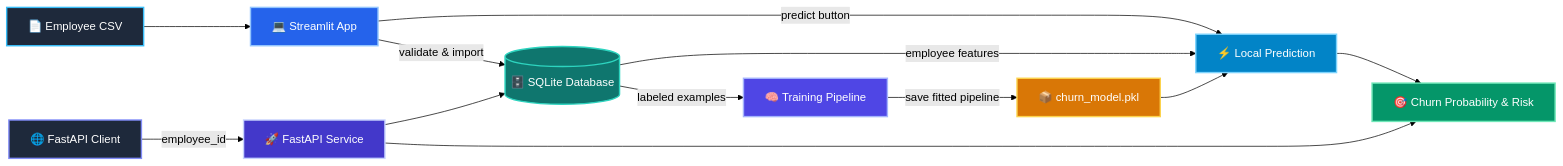
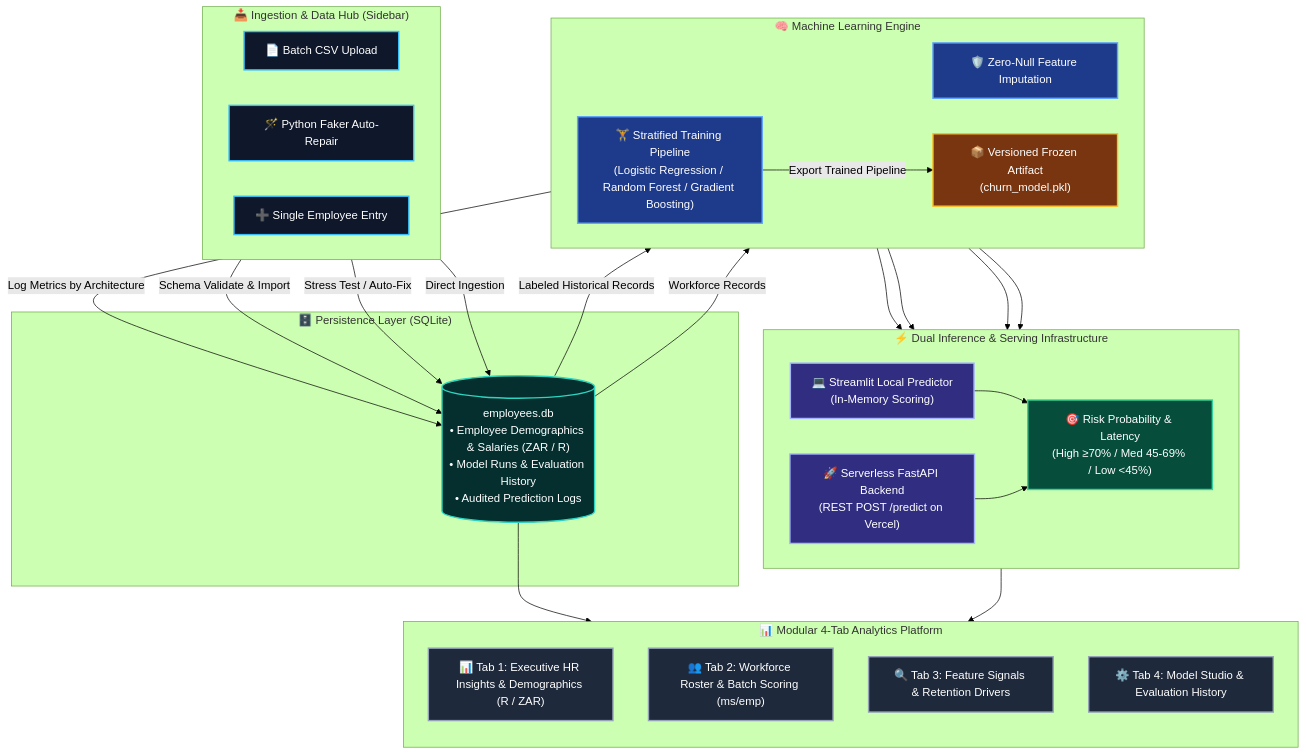
Before and after one commit to Shotza247/Employee_Full-Stack_Churn_ML: the first of 7 diagrams in README.md, drawn with Mermaid (forest theme). The commit also changed other lines of this file and 1 other file, not shown here.

Commit message:
Updated implementation documentation and used IBM Bob to help with creating the architecture diagrams since it couples well with mermaid diagram creatio.

````diff
--- a/README.md
+++ b/README.md
@@ -9,34 +11,71 @@
 ```mermaid
-flowchart LR
-    CSV["📄 Employee CSV"] --> UI["💻 Streamlit App"]
-    UI -->|"validate & import"| DB[("🗄️ SQLite Database")]
-    DB -->|"labeled examples"| TRAIN["🧠 Training Pipeline"]
-    TRAIN -->|"save fitted pipeline"| MODEL["📦 churn_model.pkl"]
-    UI -->|"predict button"| PREDICT["⚡ Local Prediction"]
-    API["🌐 FastAPI Client"] -->|"employee_id"| SERVICE["🚀 FastAPI Service"]
-    SERVICE --> DB
-    DB -->|"employee features"| PREDICT
-    MODEL --> PREDICT
-    PREDICT --> RESULT["🎯 Churn Probability & Risk"]
-    SERVICE --> RESULT
+flowchart TB
+    subgraph INGEST ["📥 Ingestion & Data Hub (Sidebar)"]
+        direction LR
+        CSV["📄 Batch CSV Upload"]
+        FAKER["🪄 Python Faker Auto-Repair"]
+        MANUAL["➕ Single Employee Entry"]
+    end
 
-    classDef csvNode fill:#1E293B,stroke:#38BDF8,stroke-width:2px,color:#ffffff;
-    classDef uiNode fill:#2563EB,stroke:#93C5FD,stroke-width:2px,color:#ffffff;
-    classDef dbNode fill:#0F766E,stroke:#2DD4BF,stroke-width:2px,color:#ffffff;
-    classDef trainNode fill:#4F46E5,stroke:#A5B4FC,stroke-width:2px,color:#ffffff;
-    classDef modelNode fill:#D97706,stroke:#FCD34D,stroke-width:2px,color:#ffffff;
-    classDef predictNode fill:#0284C7,stroke:#7DD3FC,stroke-width:2px,color:#ffffff;
-    classDef apiNode fill:#1E293B,stroke:#818CF8,stroke-width:2px,color:#ffffff;
-    classDef serviceNode fill:#4338CA,stroke:#C7D2FE,stroke-width:2px,color:#ffffff;
-    classDef resultNode fill:#059669,stroke:#6EE7B7,stroke-width:2px,color:#ffffff;
+    subgraph STORAGE ["🗄️ Persistence Layer (SQLite)"]
+        DB[("employees.db<br/>• Employee Demographics & Salaries (ZAR / R)<br/>• Model Runs & Evaluation History<br/>• Audited Prediction Logs")]
+    end
 
-    class CSV csvNode;
-    class UI uiNode;
+    subgraph ML_CORE ["🧠 Machine Learning Engine"]
+        direction LR
+        IMPUTE["🛡️ Zero-Null Feature Imputation"]
+        TRAIN["🏋️ Stratified Training Pipeline<br/>(Logistic Regression / Random Forest / Gradient Boosting)"]
+        MODEL["📦 Versioned Frozen Artifact<br/>(churn_model.pkl)"]
+    end
+
+    subgraph SERVING ["⚡ Dual Inference & Serving Infrastructure"]
+        direction LR
+        ST_PREDICT["💻 Streamlit Local Predictor<br/>(In-Memory Scoring)"]
+        FAST_API["🚀 Serverless FastAPI Backend<br/>(REST POST /predict on Vercel)"]
+        RESULT["🎯 Risk Probability & Latency<br/>(High ≥70% / Med 45-69% / Low <45%)"]
+    end
+
+    subgraph DASHBOARD ["📊 Modular 4-Tab Analytics Platform"]
+        direction TB
+        T1["📊 Tab 1: Executive HR Insights & Demographics (R / ZAR)"]
+        T2["👥 Tab 2: Workforce Roster & Batch Scoring (ms/emp)"]
+        T3["🔍 Tab 3: Feature Signals & Retention Drivers"]
+        T4["⚙️ Tab 4: Model Studio & Evaluation History"]
+    end
+
+    CSV -->|"Schema Validate & Import"| DB
+    FAKER -->|"Stress Test / Auto-Fix"| DB
+    MANUAL -->|"Direct Ingestion"| DB
+
+    DB -->|"Labeled Historical Records"| TRAIN
+    TRAIN -->|"Export Trained Pipeline"| MODEL
+    TRAIN -->|"Log Metrics by Architecture"| DB
+
+    DB -->|"Workforce Records"| IMPUTE
+    IMPUTE --> ST_PREDICT
+    IMPUTE --> FAST_API
+    MODEL --> ST_PREDICT
+    MODEL --> FAST_API
+
+    ST_PREDICT --> RESULT
+    FAST_API --> RESULT
+
+    RESULT --> DASHBOARD
+    DB --> DASHBOARD
+
+    classDef ingestNode fill:#0F172A,stroke:#38BDF8,stroke-width:2px,color:#ffffff;
+    classDef dbNode fill:#042F2E,stroke:#2DD4BF,stroke-width:2px,color:#ffffff;
+    classDef mlNode fill:#1E3A8A,stroke:#60A5FA,stroke-width:2px,color:#ffffff;
+    classDef modelNode fill:#78350F,stroke:#FBBF24,stroke-width:2px,color:#ffffff;
+    classDef serveNode fill:#312E81,stroke:#A5B4FC,stroke-width:2px,color:#ffffff;
+    classDef resultNode fill:#064E3B,stroke:#34D399,stroke-width:2px,color:#ffffff;
+    classDef tabNode fill:#1E293B,stroke:#94A3B8,stroke-width:2px,color:#ffffff;
+
+    class CSV,FAKER,MANUAL ingestNode;
     class DB dbNode;
-    class TRAIN trainNode;
+    class IMPUTE,TRAIN mlNode;
     class MODEL modelNode;
-    class PREDICT predictNode;
-    class API apiNode;
-    class SERVICE serviceNode;
+    class ST_PREDICT,FAST_API serveNode;
     class RESULT resultNode;
+    class T1,T2,T3,T4 tabNode;
 ```
````
